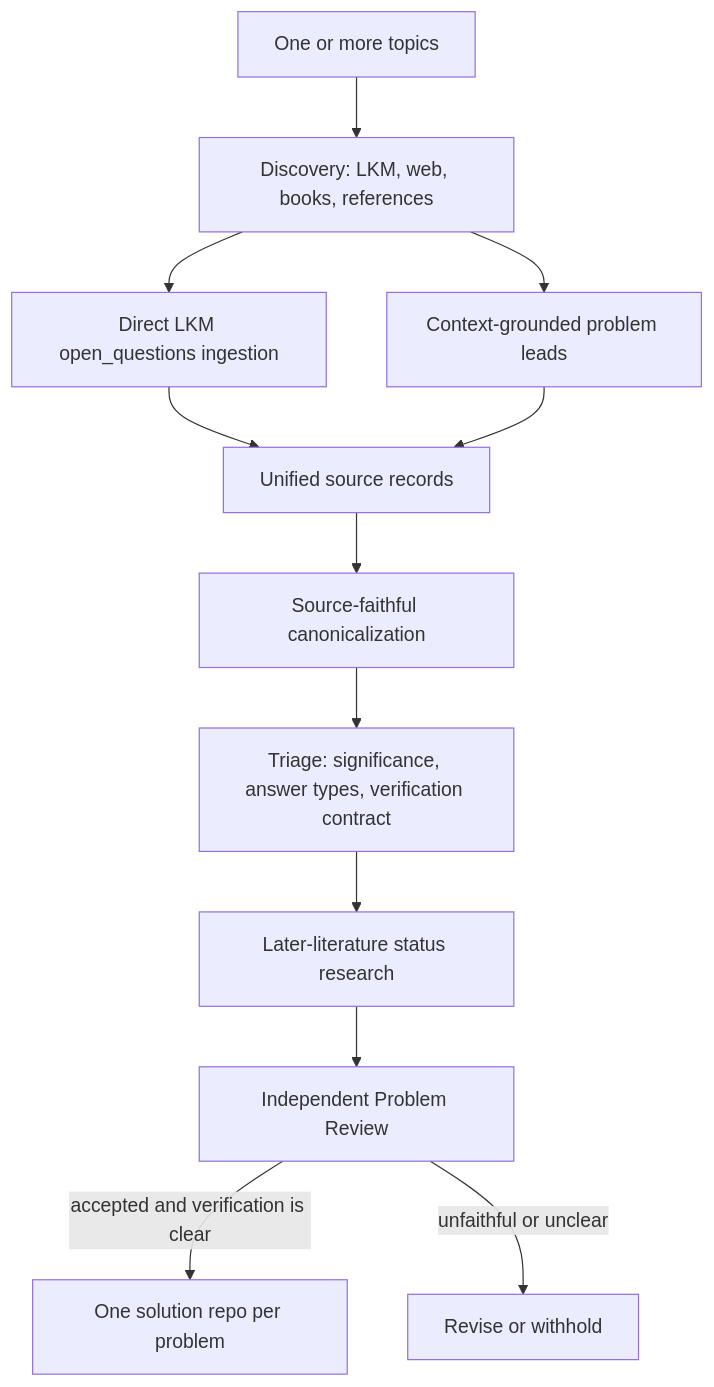
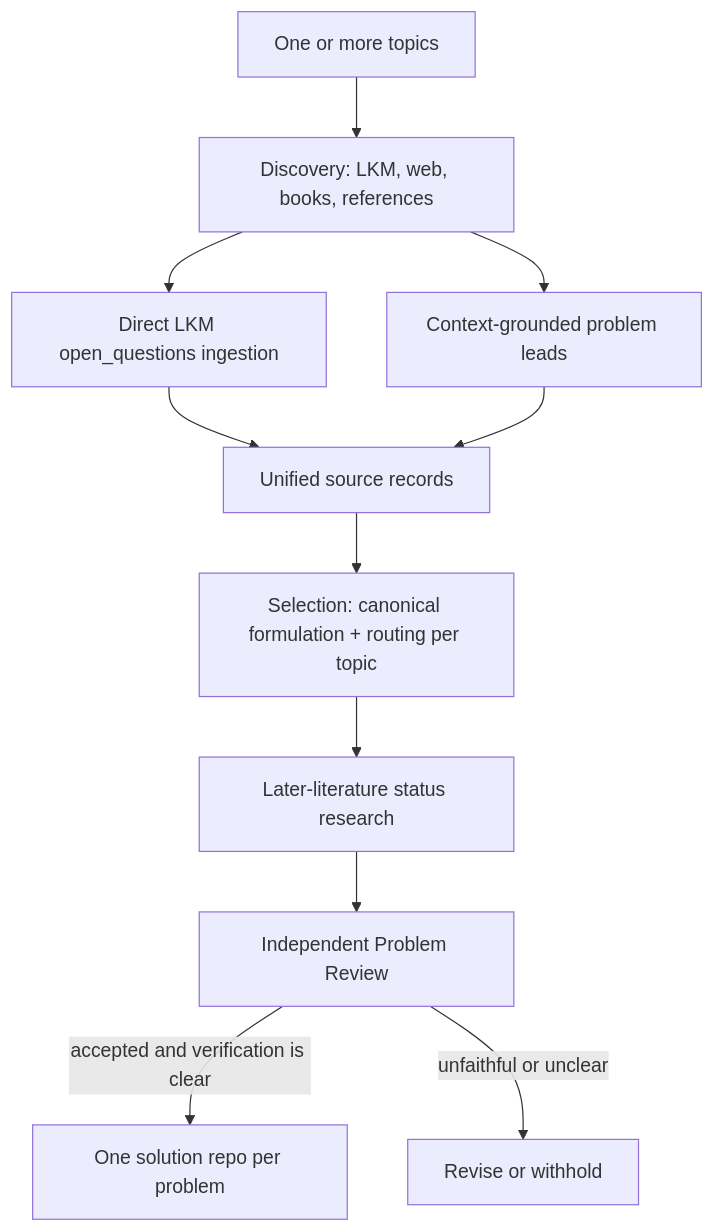
Before and after one commit to kunyuan/open-research-discovery: the diagram in README.md, drawn with Mermaid. The commit also changed other lines of this file and 68 other files, not shown here.

First line of the commit message:
Simplify pipeline: merge stages, drop legacy schema-v1 and unused machinery

````diff
--- a/README.md
+++ b/README.md
@@ -91,14 +90,13 @@
 ```mermaid
 flowchart TD
     T["One or more topics"] --> D["Discovery: LKM, web, books, references"]
     D --> L["Direct LKM open_questions ingestion"]
     D --> C["Context-grounded problem leads"]
     L --> S["Unified source records"]
     C --> S
-    S --> A["Source-faithful canonicalization"]
-    A --> G["Triage: significance, answer types, verification contract"]
-    G --> R["Later-literature status research"]
+    S --> A["Selection: canonical formulation + routing per topic"]
+    A --> R["Later-literature status research"]
     R --> P["Independent Problem Review"]
     P -->|"accepted and verification is clear"| O["One solution repo per problem"]
     P -->|"unfaithful or unclear"| X["Revise or withhold"]
 ```
````
